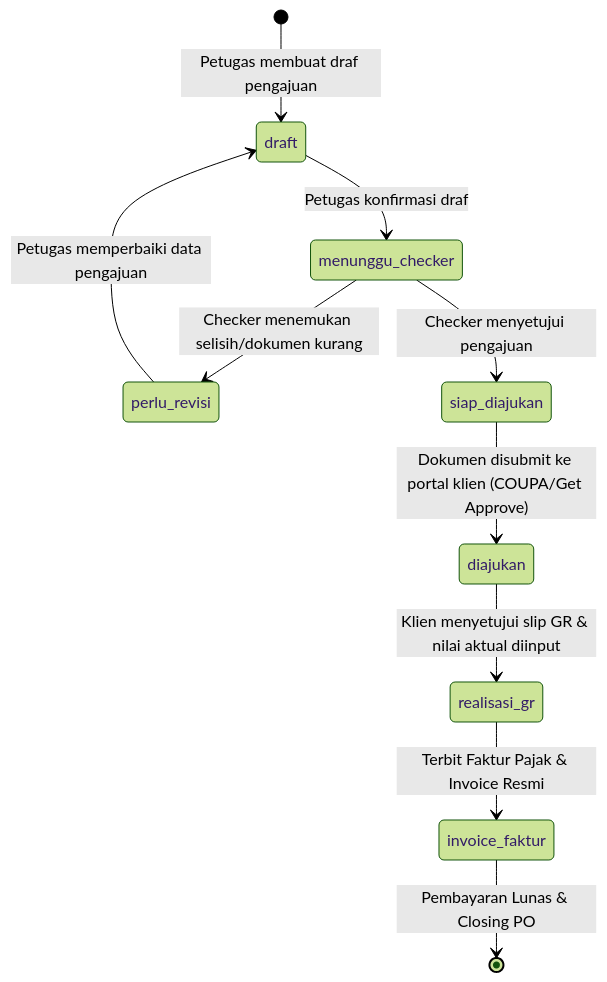
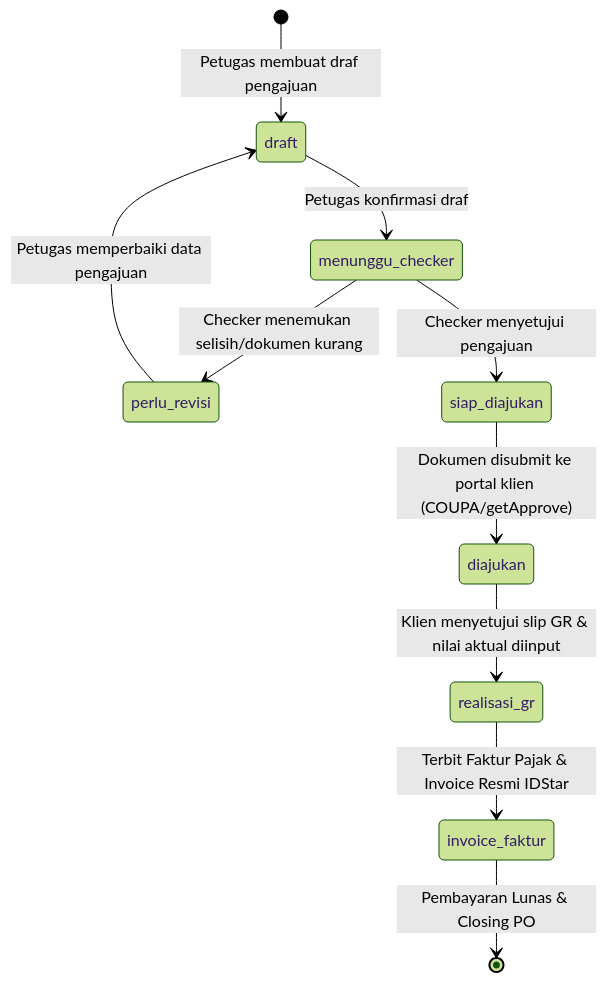
One commit to imamfatah-idstar/Invora changed the second of 2 diagrams in README.md. Above: the diagram before and after it, drawn with Mermaid (forest theme). The commit also changed other lines of this file and 4 other files, not shown here.

Commit message:
docs: update README.md with official RBAC matrix, document templates, and system architecture

````diff
--- a/README.md
+++ b/README.md
@@ -175,12 +202,12 @@
 ```mermaid
 stateDiagram-v2
     [*] --> draft: Petugas membuat draf pengajuan
     draft --> menunggu_checker: Petugas konfirmasi draf
     menunggu_checker --> perlu_revisi: Checker menemukan selisih/dokumen kurang
     perlu_revisi --> draft: Petugas memperbaiki data pengajuan
     menunggu_checker --> siap_diajukan: Checker menyetujui pengajuan
-    siap_diajukan --> diajukan: Dokumen disubmit ke portal klien (COUPA/Get Approve)
+    siap_diajukan --> diajukan: Dokumen disubmit ke portal klien (COUPA/getApprove)
     diajukan --> realisasi_gr: Klien menyetujui slip GR & nilai aktual diinput
-    realisasi_gr --> invoice_faktur: Terbit Faktur Pajak & Invoice Resmi
+    realisasi_gr --> invoice_faktur: Terbit Faktur Pajak & Invoice Resmi IDStar
     invoice_faktur --> [*]: Pembayaran Lunas & Closing PO
 ```
````
